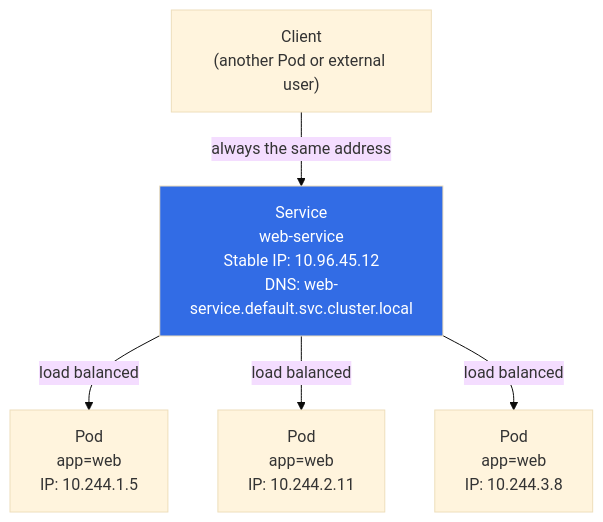
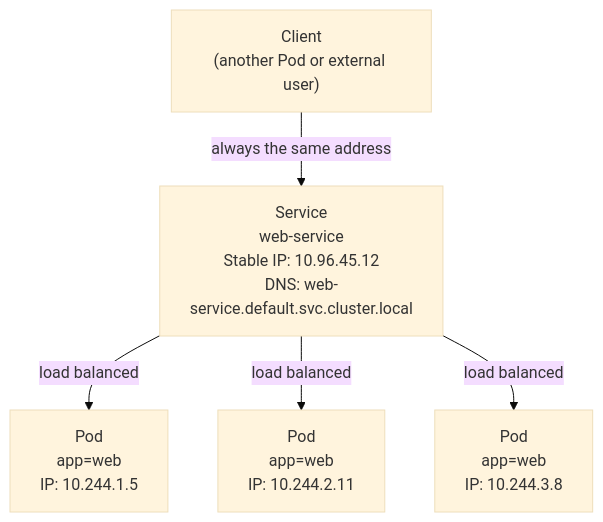
The diagram in src/courses/modules/services/01-why-services/en/content.md (Antoine-Flo/kube-mastery), drawn with Mermaid (base theme) before and after one commit. The commit also changed 21 other files, not shown here.

Commit message:
remove diagram styles

````diff
--- a/src/courses/modules/services/01-why-services/en/content.md
+++ b/src/courses/modules/services/01-why-services/en/content.md
@@ -37,15 +37,13 @@
 ```mermaid
 graph TB
     Client["Client\n(another Pod or external user)"]
     SVC["Service\nweb-service\nStable IP: 10.96.45.12\nDNS: web-service.default.svc.cluster.local"]
     P1["Pod\napp=web\nIP: 10.244.1.5"]
     P2["Pod\napp=web\nIP: 10.244.2.11"]
     P3["Pod\napp=web\nIP: 10.244.3.8"]
 
     Client -->|"always the same address"| SVC
     SVC -->|"load balanced"| P1
     SVC -->|"load balanced"| P2
     SVC -->|"load balanced"| P3
-
-    style SVC fill:#326ce5,color:#fff
 ```
````
